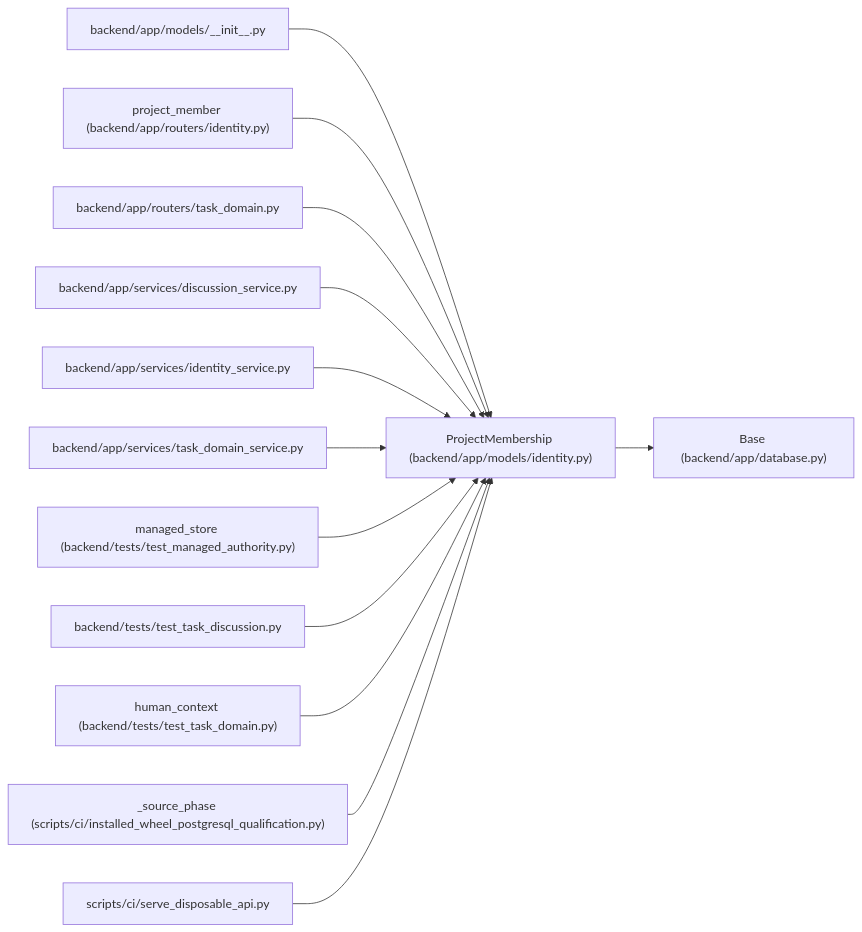
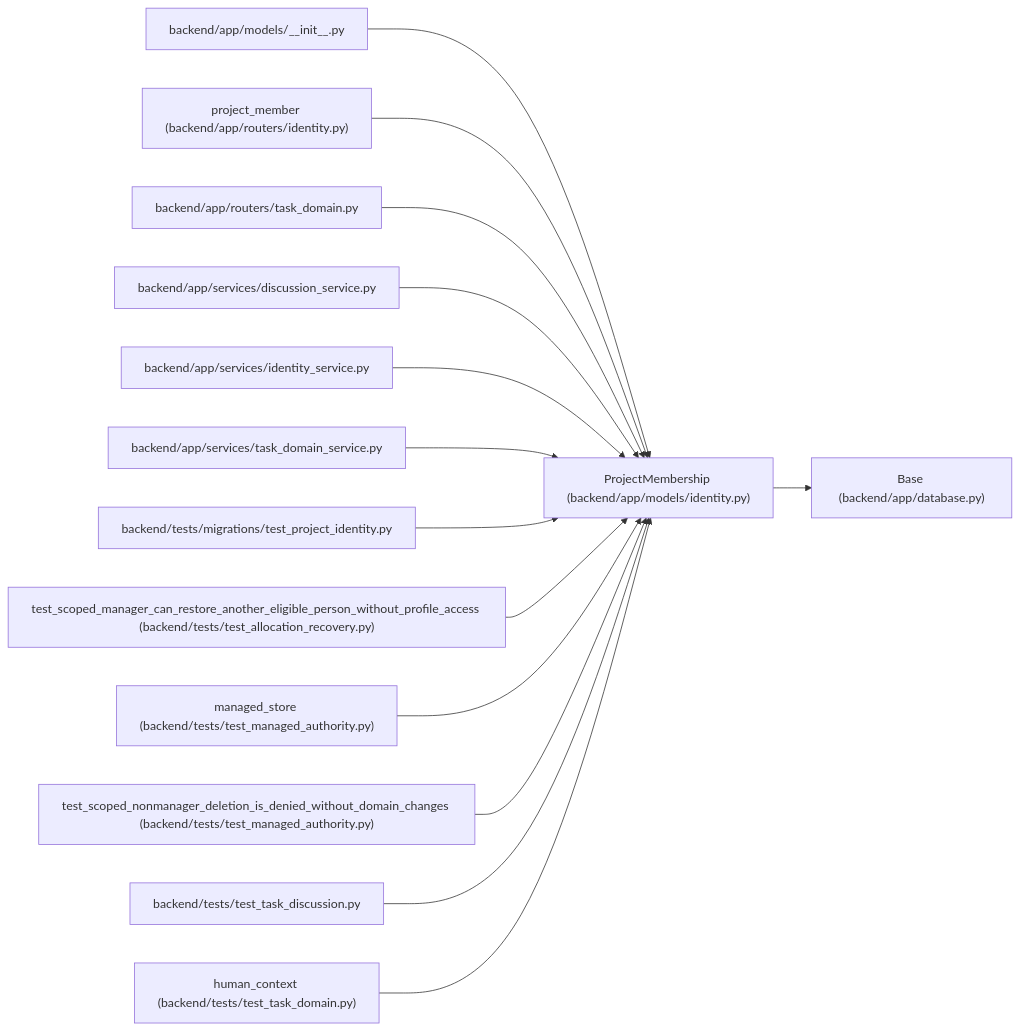
Before and after one commit to Denissvgn/WorkChord: the diagram in docs/llm_wiki/entities/ProjectMembership.md, drawn with Mermaid. The commit also changed other lines of this file and 10148 other files, not shown here.

First line of the commit message:
Harden identity, planning concurrency, and recovery (#11)

````diff
--- a/docs/llm_wiki/entities/ProjectMembership.md
+++ b/docs/llm_wiki/entities/ProjectMembership.md
@@ -28,41 +28,44 @@
 ```mermaid
 flowchart LR
     n0["ProjectMembership (backend/app/models/identity.py)"]
     n1["Base (backend/app/database.py)"]
     n2["backend/app/models/__init__.py"]
     n3["project_member (backend/app/routers/identity.py)"]
     n4["backend/app/routers/task_domain.py"]
     n5["backend/app/services/discussion_service.py"]
     n6["backend/app/services/identity_service.py"]
     n7["backend/app/services/task_domain_service.py"]
-    n8["managed_store (backend/tests/test_managed_authority.py)"]
-    n9["backend/tests/test_task_discussion.py"]
-    n10["human_context (backend/tests/test_task_domain.py)"]
-    n11["_source_phase (scripts/ci/installed_wheel_postgresql_qualification.py)"]
-    n12["scripts/ci/serve_disposable_api.py"]
+    n8["backend/tests/migrations/test_project_identity.py"]
+    n9["test_scoped_manager_can_restore_another_eligible_person_without_profile_access (backend/tests/test_allocation_recovery.py)"]
+    n10["managed_store (backend/tests/test_managed_authority.py)"]
+    n11["test_scoped_nonmanager_deletion_is_denied_without_domain_changes (backend/tests/test_managed_authority.py)"]
+    n12["backend/tests/test_task_discussion.py"]
+    n13["human_context (backend/tests/test_task_domain.py)"]
     n0 --> n1
     n2 --> n0
     n3 --> n0
     n4 --> n0
     n5 --> n0
     n6 --> n0
     n7 --> n0
     n8 --> n0
     n9 --> n0
     n10 --> n0
     n11 --> n0
     n12 --> n0
+    n13 --> n0
     click n0 "../modules/models_identity.md"
     click n1 "../modules/app_database.md"
     click n2 "../modules/models___init__.md"
     click n3 "../modules/routers_identity.md"
     click n4 "../modules/routers_task_domain.md"
     click n5 "../modules/discussion_service.md"
     click n6 "../modules/identity_service.md"
     click n7 "../modules/task_domain_service.md"
-    click n8 "../modules/test_managed_authority.md"
-    click n9 "../modules/test_task_discussion.md"
-    click n10 "../modules/test_task_domain.md"
-    click n11 "../modules/installed_wheel_postgresql_qualification.md"
-    click n12 "../modules/serve_disposable_api.md"
+    click n8 "../modules/test_project_identity.md"
+    click n9 "../modules/test_allocation_recovery.md"
+    click n10 "../modules/test_managed_authority.md"
+    click n11 "../modules/test_managed_authority.md"
+    click n12 "../modules/test_task_discussion.md"
+    click n13 "../modules/test_task_domain.md"
 ```
````
